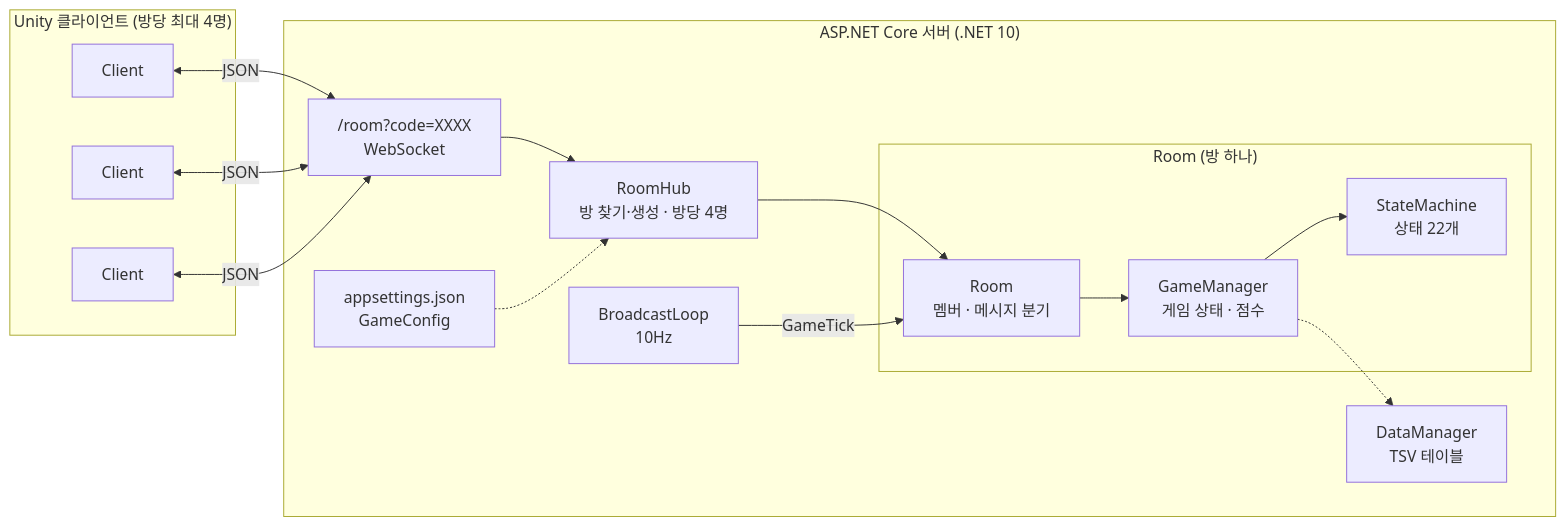
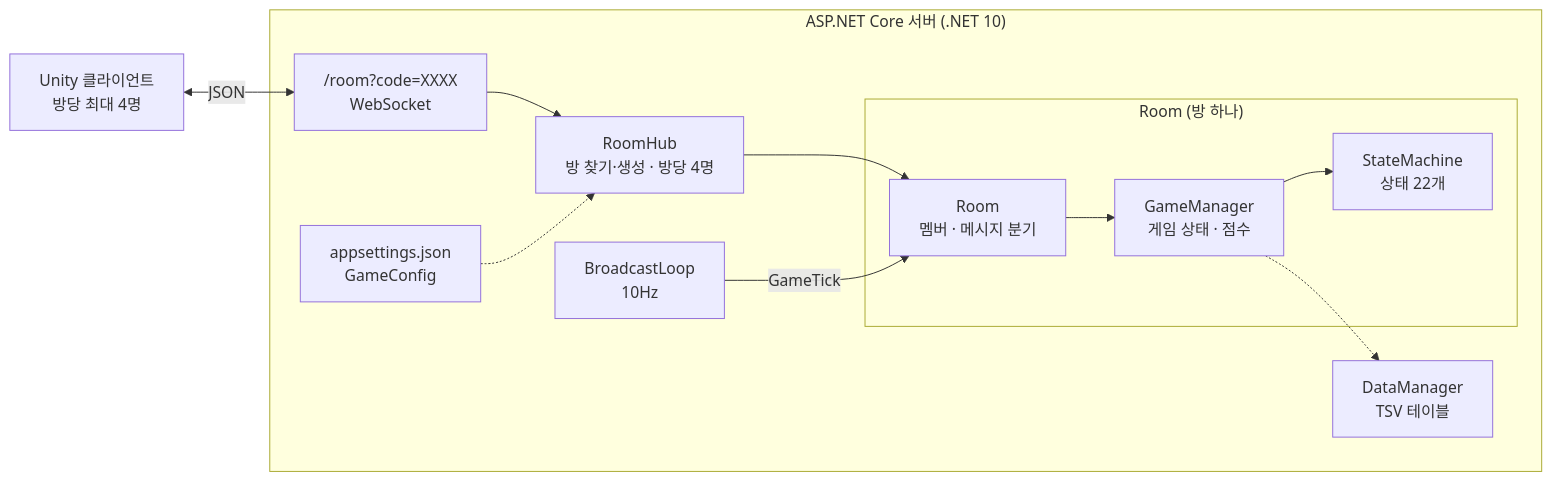
Before and after one commit to krr6606/krr6606.github.io: the first of 5 diagrams in src/2-sh-server/기술문서.md, drawn with Mermaid. The commit also changed other lines of this file and 14 other files, not shown here.

````diff
--- a/src/2-sh-server/기술문서.md
+++ b/src/2-sh-server/기술문서.md
@@ -62,26 +61,22 @@
 ```mermaid
 flowchart LR
-    subgraph Clients["Unity 클라이언트 (방당 최대 4명)"]
-        C1[Client]
-        C2[Client]
-        C3[Client]
-    end
+    C["Unity 클라이언트<br/>방당 최대 4명"]
     subgraph Server["ASP.NET Core 서버 (.NET 10)"]
         EP["/room?code=XXXX<br/>WebSocket"]
         HUB["RoomHub<br/>방 찾기·생성 · 방당 4명"]
         TICK["BroadcastLoop<br/>10Hz"]
         subgraph RoomBox["Room (방 하나)"]
             ROOM["Room<br/>멤버 · 메시지 분기"]
             GM["GameManager<br/>게임 상태 · 점수"]
             FSM["StateMachine<br/>상태 22개"]
         end
         CFG["appsettings.json<br/>GameConfig"]
         DM["DataManager<br/>TSV 테이블"]
     end
-    C1 & C2 & C3 <-->|"JSON"| EP
+    C <-->|"JSON"| EP
     EP --> HUB --> ROOM
     TICK -->|"GameTick"| ROOM
     ROOM --> GM --> FSM
     CFG -.-> HUB
     GM -.-> DM
 ```
````
